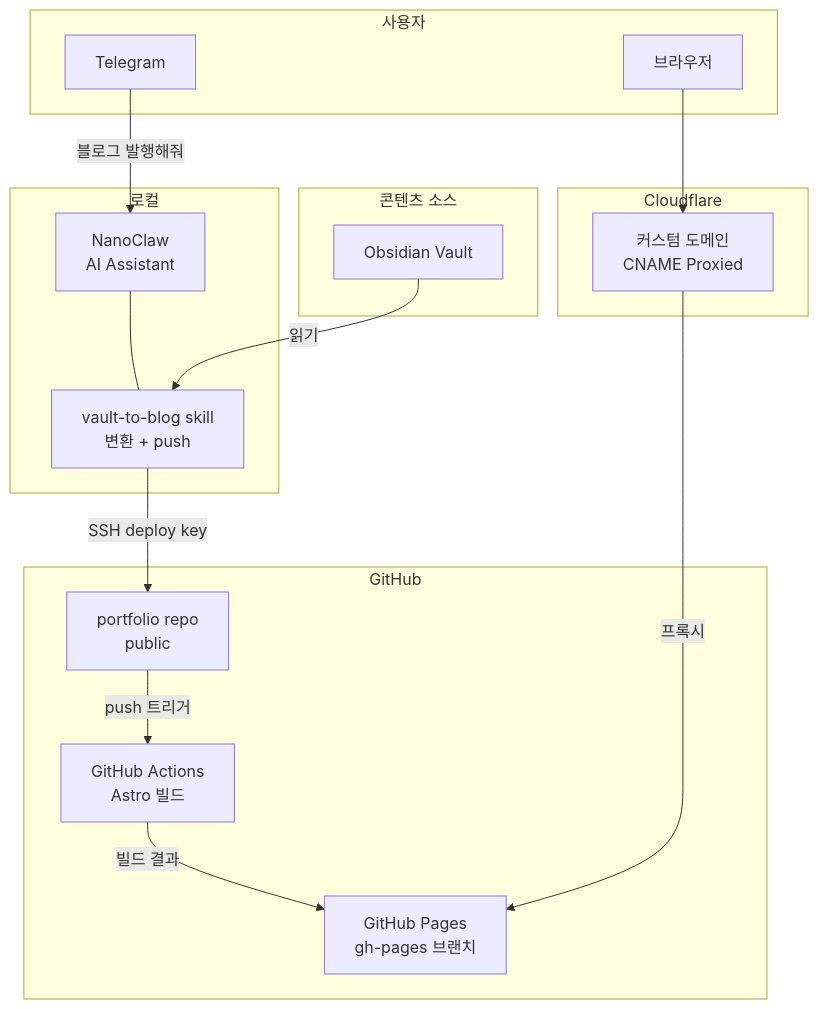
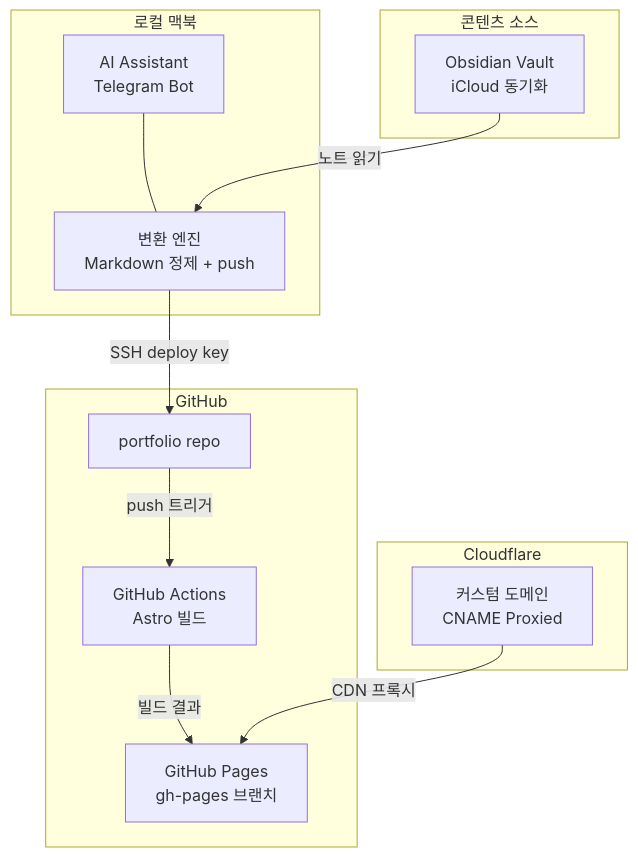
The diagram in src/data/blog/portfolio-blog-architecture.md (neocode24/portfolio), drawn with Mermaid before and after one commit. The commit also changed other lines of this file, not shown here.

First line of the commit message:
refactor: 포트폴리오 블로그 구성 글 재작성

````diff
--- a/src/data/blog/portfolio-blog-architecture.md
+++ b/src/data/blog/portfolio-blog-architecture.md
@@ -13,34 +25,27 @@
 ```mermaid
 flowchart TD
     subgraph 콘텐츠 소스
-        V[Obsidian Vault]
+        V[Obsidian Vault<br/>iCloud 동기화]
     end
 
-    subgraph 로컬
-        NC[NanoClaw<br/>AI Assistant]
-        NC --- VTB[vault-to-blog skill<br/>변환 + push]
+    subgraph 로컬 맥북
+        NC[AI Assistant<br/>Telegram Bot]
+        NC --- VTB[변환 엔진<br/>Markdown 정제 + push]
     end
 
     subgraph GitHub
-        GH[portfolio repo<br/>public]
+        GH[portfolio repo]
         GA[GitHub Actions<br/>Astro 빌드]
         GP[GitHub Pages<br/>gh-pages 브랜치]
     end
 
     subgraph Cloudflare
         CF[커스텀 도메인<br/>CNAME Proxied]
     end
 
-    subgraph 사용자
-        TG[Telegram]
-        BR[브라우저]
-    end
-
-    TG -->|"블로그 발행해줘"| NC
-    V -->|읽기| VTB
+    V -->|노트 읽기| VTB
     VTB -->|SSH deploy key| GH
     GH -->|push 트리거| GA
     GA -->|빌드 결과| GP
-    CF -->|프록시| GP
-    BR --> CF
+    CF -->|CDN 프록시| GP
 ```
````
